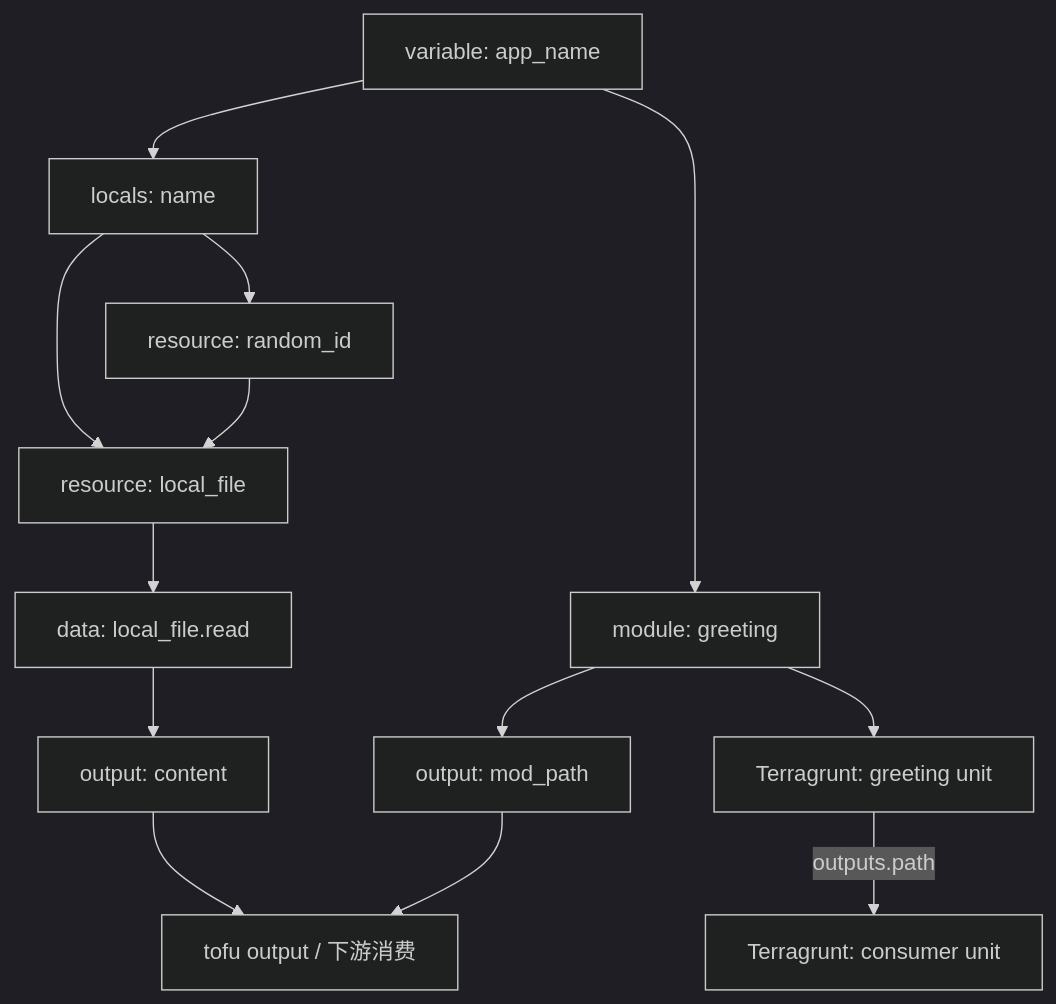
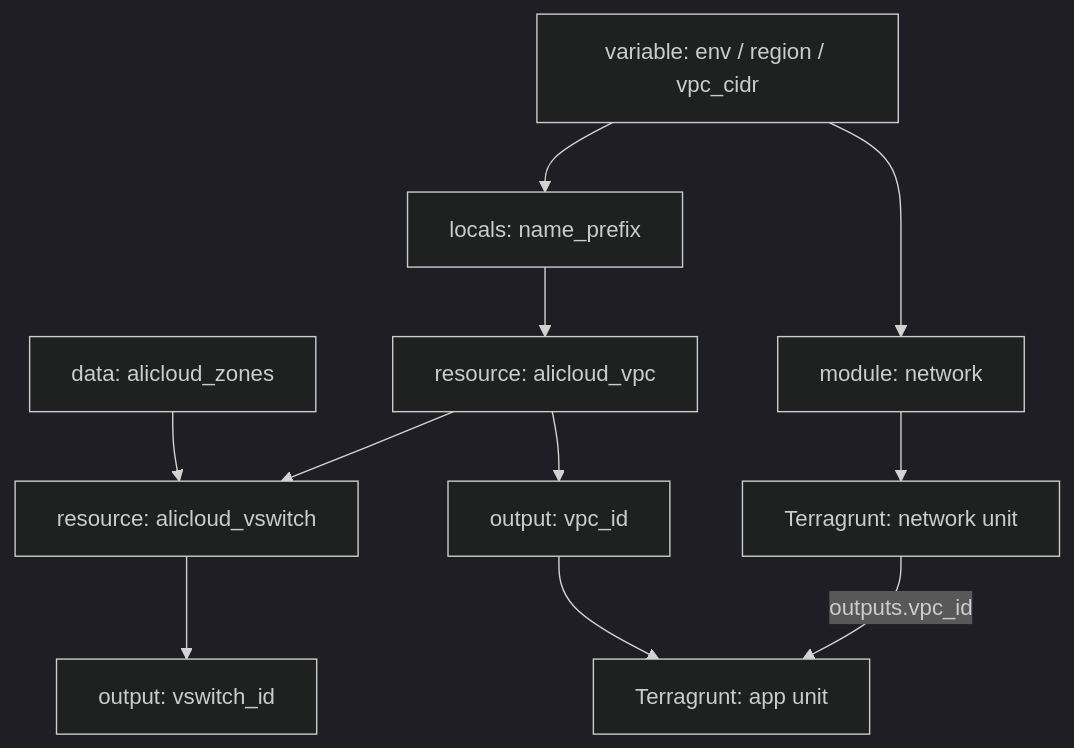
The third of 3 diagrams in 10-云原生/02-平台组件/17-opentofu+terragrunt/OpenTofu与Terragrunt.md (songli0103/notes), drawn with Mermaid (dark theme) before and after one commit. The commit also changed other lines of this file, not shown here.

````diff
--- a/10-云原生/02-平台组件/17-opentofu+terragrunt/OpenTofu与Terragrunt.md
+++ b/10-云原生/02-平台组件/17-opentofu+terragrunt/OpenTofu与Terragrunt.md
@@ -473,15 +567,13 @@
 ```mermaid
 flowchart TB
-    V["variable: app_name"] --> L["locals: name"]
-    L --> RID["resource: random_id"]
-    L --> LF["resource: local_file"]
-    RID --> LF
-    LF --> DT["data: local_file.read"]
-    DT --> O["output: content"]
-    V --> MOD["module: greeting"]
-    MOD --> MO["output: mod_path"]
-    MOD --> TG["Terragrunt: greeting unit"]
-    TG -->|"outputs.path"| TC["Terragrunt: consumer unit"]
-    O --> CLI["tofu output / 下游消费"]
-    MO --> CLI
+    V["variable: env / region / vpc_cidr"] --> L["locals: name_prefix"]
+    DT["data: alicloud_zones"] --> VS["resource: alicloud_vswitch"]
+    L --> VPC["resource: alicloud_vpc"]
+    VPC --> VS
+    VPC --> O["output: vpc_id"]
+    VS --> OV["output: vswitch_id"]
+    O --> TG["Terragrunt: app unit"]
+    V --> MOD["module: network"]
+    MOD --> TG2["Terragrunt: network unit"]
+    TG2 -->|"outputs.vpc_id"| TG
 ```
````
